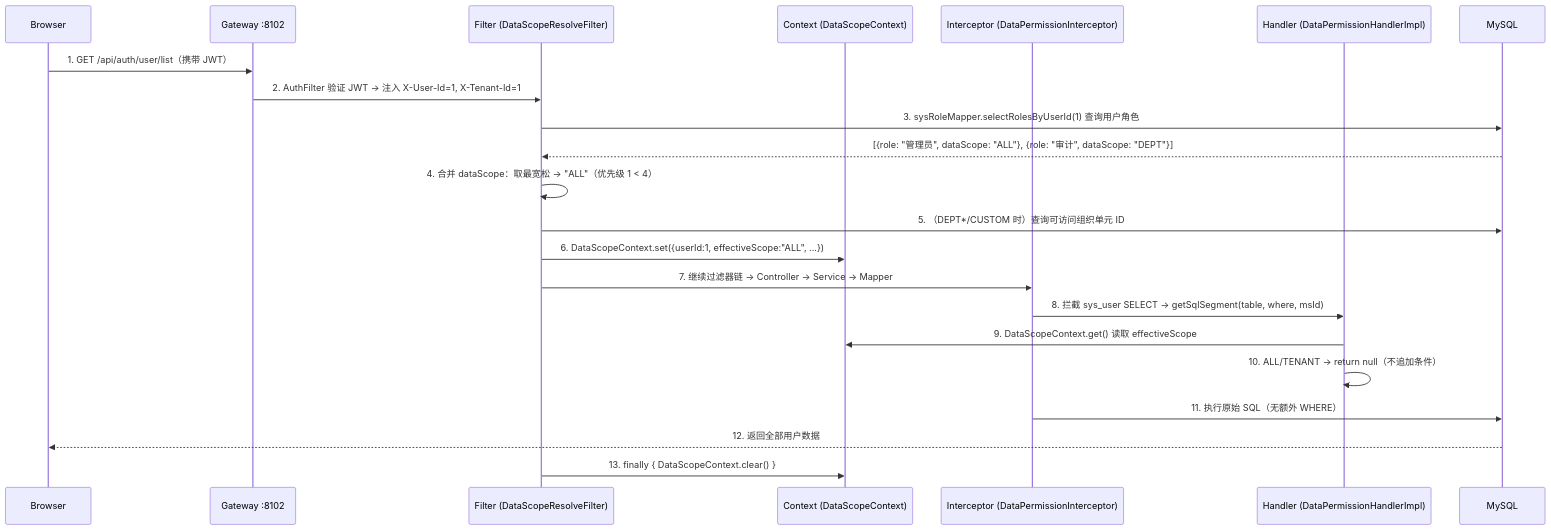
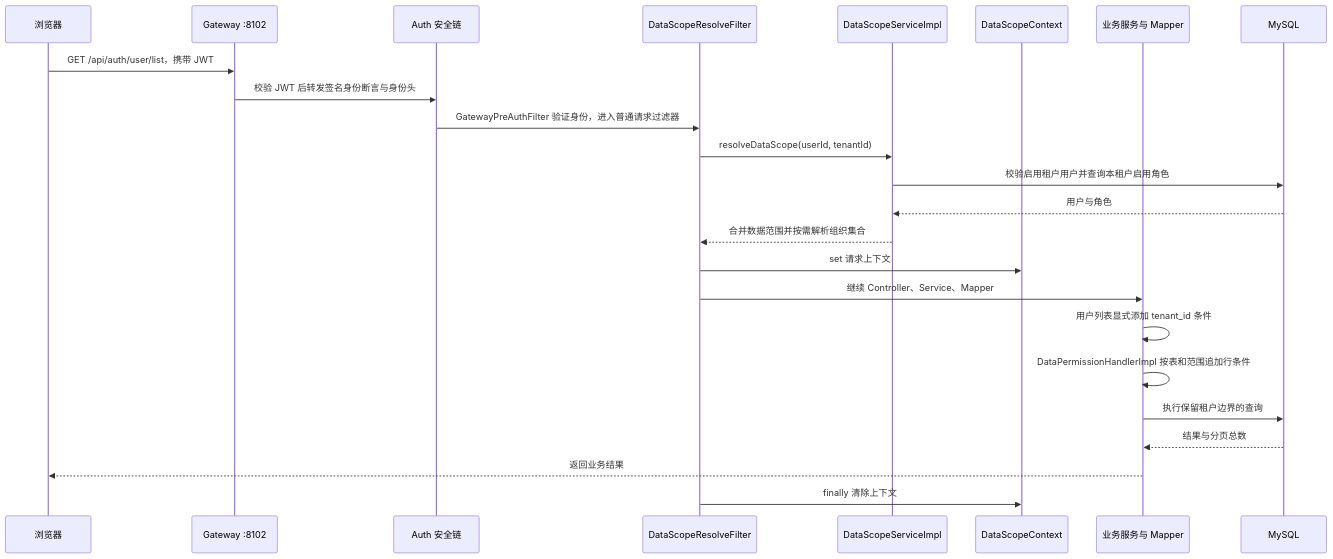
One commit to wang-baohai/Omni-Stack changed the sixth of 21 diagrams in docs/core-flows.md. Above: the diagram before and after it, drawn with Mermaid. The commit also changed other lines of this file and 1095 other files, not shown here.

````diff
--- a/docs/core-flows.md
+++ b/docs/core-flows.md
@@ -734,25 +573,26 @@
 ```mermaid
 sequenceDiagram
-    participant B as Browser
+    participant B as 浏览器
     participant G as Gateway :8102
-    participant F as Filter (DataScopeResolveFilter)
-    participant C as Context (DataScopeContext)
-    participant I as Interceptor (DataPermissionInterceptor)
-    participant H as Handler (DataPermissionHandlerImpl)
+    participant A as Auth 安全链
+    participant F as DataScopeResolveFilter
+    participant S as DataScopeServiceImpl
+    participant C as DataScopeContext
+    participant Q as 业务服务与 Mapper
     participant M as MySQL
-
-    B->>G: 1. GET /api/auth/user/list（携带 JWT）
-    G->>F: 2. AuthFilter 验证 JWT → 注入 X-User-Id=1, X-Tenant-Id=1
-    F->>M: 3. sysRoleMapper.selectRolesByUserId(1) 查询用户角色
-    M-->>F: [{role: "管理员", dataScope: "ALL"}, {role: "审计", dataScope: "DEPT"}]
-    F->>F: 4. 合并 dataScope：取最宽松 → "ALL"（优先级 1 < 4）
-    F->>M: 5. （DEPT*/CUSTOM 时）查询可访问组织单元 ID
-    F->>C: 6. DataScopeContext.set({userId:1, effectiveScope:"ALL", ...})
-    F->>I: 7. 继续过滤器链 → Controller → Service → Mapper
-    I->>H: 8. 拦截 sys_user SELECT → getSqlSegment(table, where, msId)
-    H->>C: 9. DataScopeContext.get() 读取 effectiveScope
-    H->>H: 10. ALL/TENANT → return null（不追加条件）
-    I->>M: 11. 执行原始 SQL（无额外 WHERE）
-    M-->>B: 12. 返回全部用户数据
-    F->>C: 13. finally { DataScopeContext.clear() }
+    B->>G: GET /api/auth/user/list，携带 JWT
+    G->>A: 校验 JWT 后转发签名身份断言与身份头
+    A->>F: GatewayPreAuthFilter 验证身份，进入普通请求过滤器
+    F->>S: resolveDataScope(userId, tenantId)
+    S->>M: 校验启用租户用户并查询本租户启用角色
+    M-->>S: 用户与角色
+    S-->>F: 合并数据范围并按需解析组织集合
+    F->>C: set 请求上下文
+    F->>Q: 继续 Controller、Service、Mapper
+    Q->>Q: 用户列表显式添加 tenant_id 条件
+    Q->>Q: DataPermissionHandlerImpl 按表和范围追加行条件
+    Q->>M: 执行保留租户边界的查询
+    M-->>Q: 结果与分页总数
+    Q-->>B: 返回业务结果
+    F->>C: finally 清除上下文
 ```
````
